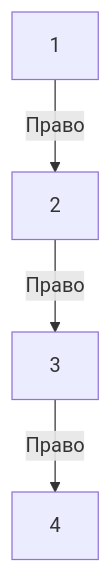
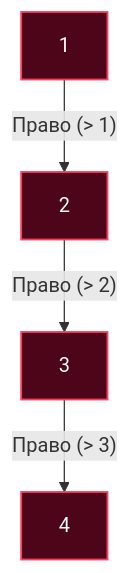
One commit to UnrealTemplier/go-textbook changed the second of 2 diagrams in sources/20. Алгоритмы и структуры данных (DSA) на Go/04. Деревья. Основы/3. Двоичное дерево поиска.md. Above: the diagram before and after it, drawn with Mermaid. The commit also changed other lines of this file, not shown here.

````diff
--- a/sources/20. Алгоритмы и структуры данных (DSA) на Go/04. Деревья. Основы/3. Двоичное дерево поиска.md
+++ b/sources/20. Алгоритмы и структуры данных (DSA) на Go/04. Деревья. Основы/3. Двоичное дерево поиска.md
@@ -179,6 +214,9 @@
 ```mermaid
 flowchart TD
-    1["1"] -->|"Право"| 2["2"]
-    2 -->|"Право"| 3["3"]
-    3 -->|"Право"| 4["4"]
+    N1["1"] -->|"Право (> 1)"| N2["2"]
+    N2 -->|"Право (> 2)"| N3["3"]
+    N3 -->|"Право (> 3)"| N4["4"]
+
+    classDef degNode fill:#4c0519,stroke:#f43f5e,stroke-width:1.5px,color:#f8fafc;
+    class N1,N2,N3,N4 degNode;
 ```
````
